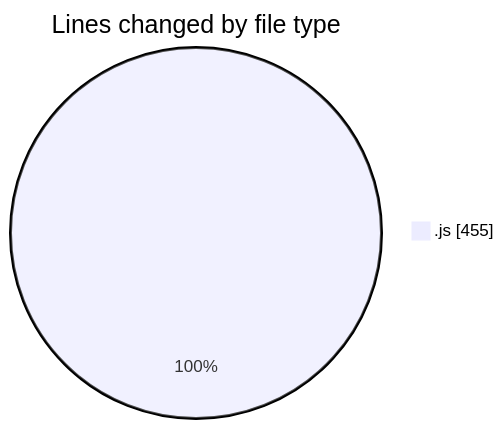
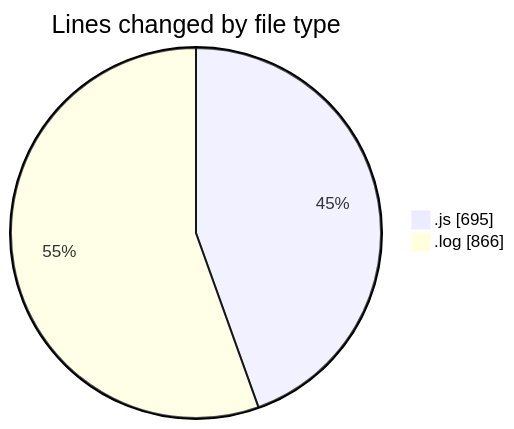
One commit to nxtqubesakshisongat/code-tracking changed the first of 2 diagrams in 2025-04-15/nxtqube_webapp/README.md. Above: the diagram before and after it, drawn with Mermaid. The commit also changed other lines of this file and 1 other file, not shown here.

````diff
--- a/2025-04-15/nxtqube_webapp/README.md
+++ b/2025-04-15/nxtqube_webapp/README.md
@@ -20,5 +21,6 @@
 ```mermaid
 pie showData
 title Lines changed by file type
-".js" : 455
+".js" : 695
+".log" : 866
 ```
````
